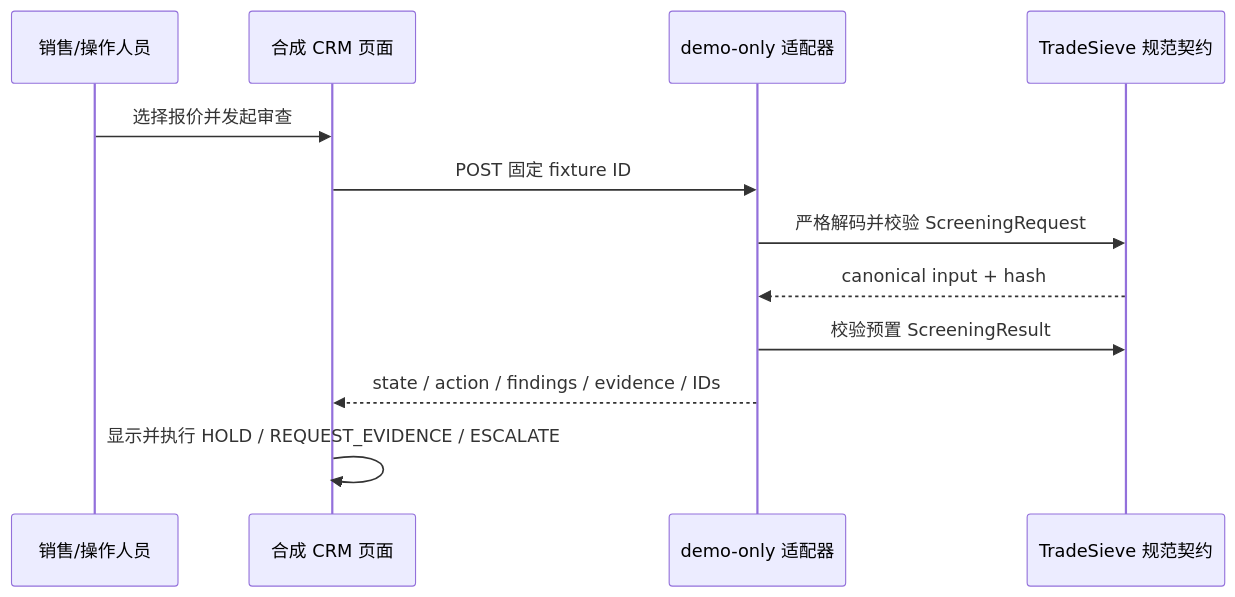
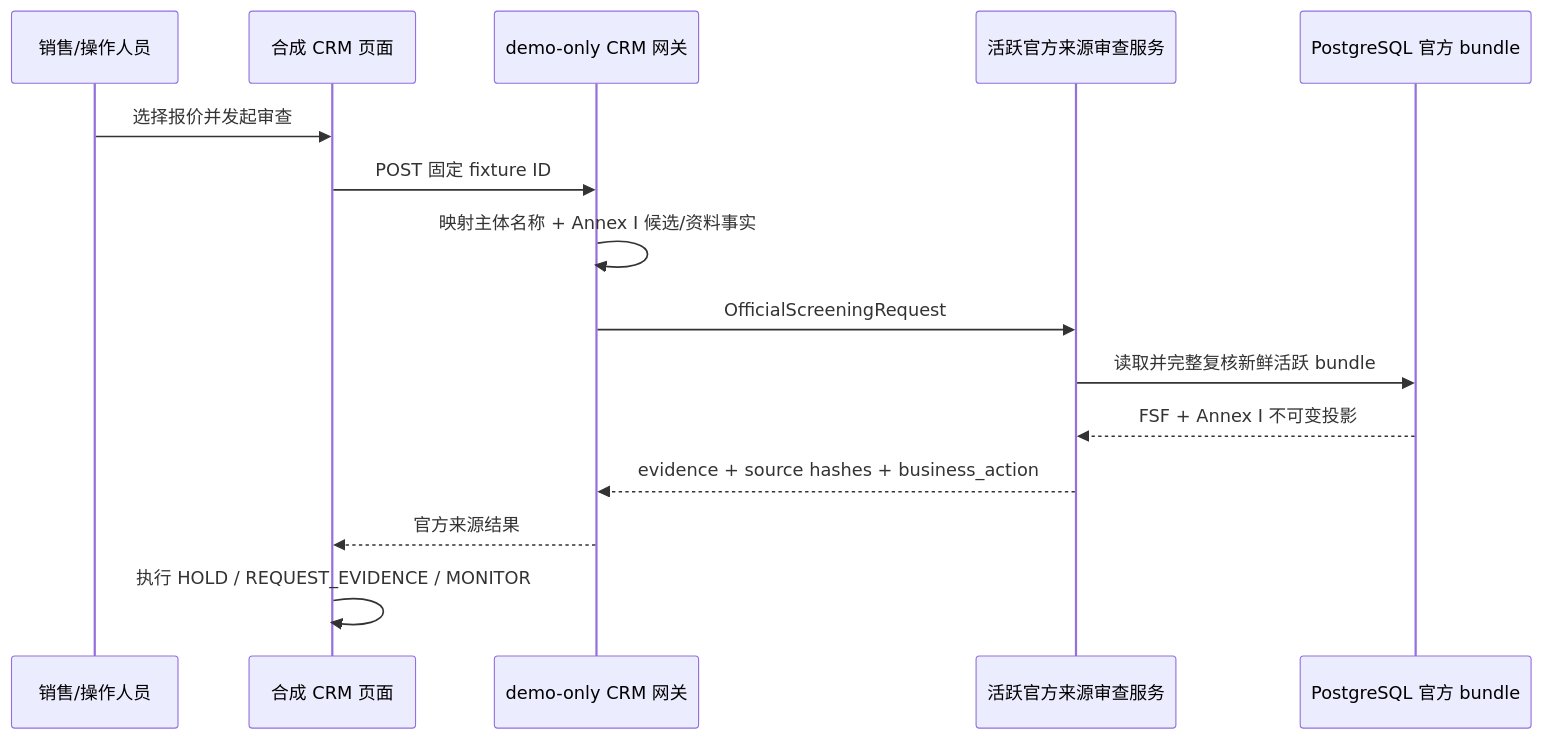
Before and after one commit to fyaic/TradeSieve: the diagram in docs/getting-started/demo-crm.md, drawn with Mermaid. The commit also changed other lines of this file and 47 other files, not shown here.

Commit message:
feat: activate persisted official screening

````diff
--- a/docs/getting-started/demo-crm.md
+++ b/docs/getting-started/demo-crm.md
@@ -58,15 +67,18 @@
 ```mermaid
 sequenceDiagram
     participant User as 销售/操作人员
     participant CRM as 合成 CRM 页面
-    participant Demo as demo-only 适配器
-    participant Contract as TradeSieve 规范契约
+    participant Demo as demo-only CRM 网关
+    participant Service as 活跃官方来源审查服务
+    participant DB as PostgreSQL 官方 bundle
 
     User->>CRM: 选择报价并发起审查
     CRM->>Demo: POST 固定 fixture ID
-    Demo->>Contract: 严格解码并校验 ScreeningRequest
-    Contract-->>Demo: canonical input + hash
-    Demo->>Contract: 校验预置 ScreeningResult
-    Demo-->>CRM: state / action / findings / evidence / IDs
-    CRM->>CRM: 显示并执行 HOLD / REQUEST_EVIDENCE / ESCALATE
+    Demo->>Demo: 映射主体名称 + Annex I 候选/资料事实
+    Demo->>Service: OfficialScreeningRequest
+    Service->>DB: 读取并完整复核新鲜活跃 bundle
+    DB-->>Service: FSF + Annex I 不可变投影
+    Service-->>Demo: evidence + source hashes + business_action
+    Demo-->>CRM: 官方来源结果
+    CRM->>CRM: 执行 HOLD / REQUEST_EVIDENCE / MONITOR
 ```
````
